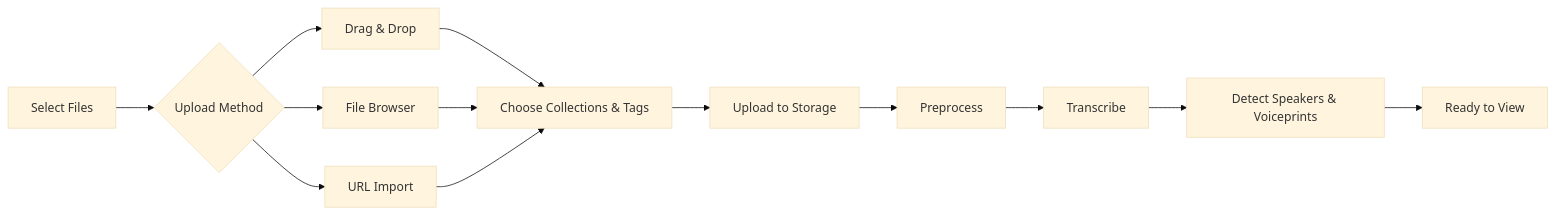
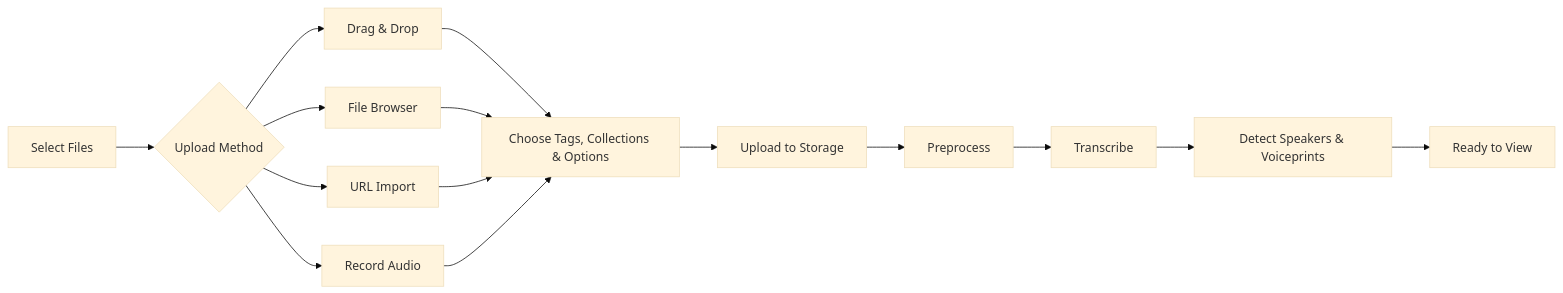
The diagram in docs-site/docs/user-guide/uploading-files.md (attevon-llc/OpenTranscribe), drawn with Mermaid (base theme) before and after one commit. The commit also changed other lines of this file and 5 other files, not shown here.

Commit message:
docs(user-guide): align collections, search, chat, tags and upload guides with the current UI

````diff
--- a/docs-site/docs/user-guide/uploading-files.md
+++ b/docs-site/docs/user-guide/uploading-files.md
@@ -30,13 +30,14 @@
 ```mermaid
 flowchart LR
     A[Select Files] --> B{Upload Method}
     B --> C[Drag & Drop]
     B --> D[File Browser]
     B --> E[URL Import]
-    C & D & E --> F[Choose Collections & Tags]
+    B --> R[Record Audio]
+    C & D & E & R --> F[Choose Tags, Collections & Options]
     F --> G[Upload to Storage]
     G --> H[Preprocess]
     H --> I[Transcribe]
     I --> J[Detect Speakers & Voiceprints]
     J --> K[Ready to View]
 ```
````
